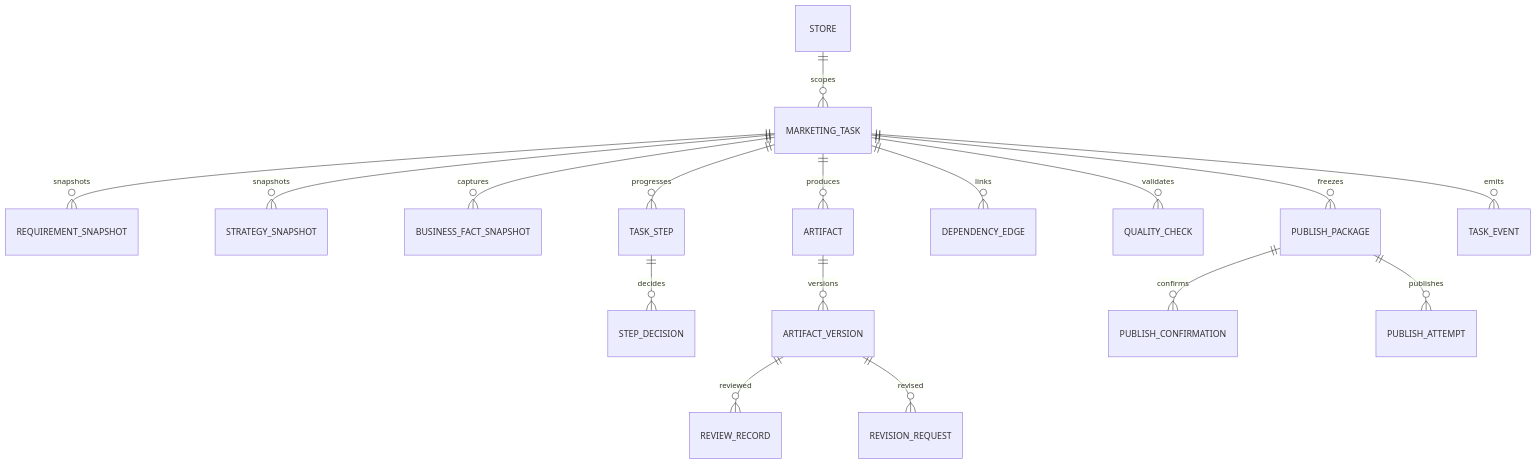
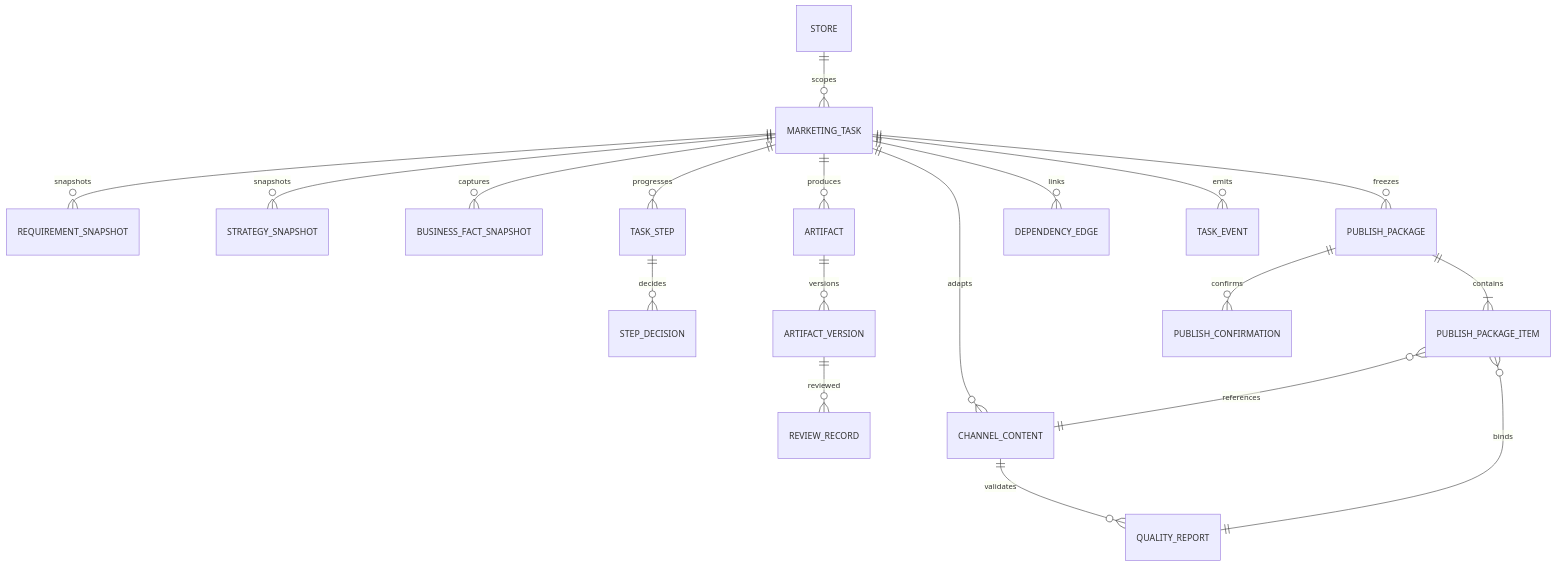
Before and after one commit to dujiu1024-dotcom/Smart-Marketing: the third of 4 diagrams in docs/CORE_DATA_MODEL_AND_API_SCHEMAS_V1.md, drawn with Mermaid. The commit also changed other lines of this file, not shown here.

Commit message:
docs: add channel content and package item ERD

````diff
--- a/docs/CORE_DATA_MODEL_AND_API_SCHEMAS_V1.md
+++ b/docs/CORE_DATA_MODEL_AND_API_SCHEMAS_V1.md
@@ -72,19 +72,21 @@
 ```mermaid
 erDiagram
   STORE ||--o{ MARKETING_TASK : scopes
   MARKETING_TASK ||--o{ REQUIREMENT_SNAPSHOT : snapshots
   MARKETING_TASK ||--o{ STRATEGY_SNAPSHOT : snapshots
   MARKETING_TASK ||--o{ BUSINESS_FACT_SNAPSHOT : captures
   MARKETING_TASK ||--o{ TASK_STEP : progresses
   TASK_STEP ||--o{ STEP_DECISION : decides
   MARKETING_TASK ||--o{ ARTIFACT : produces
   ARTIFACT ||--o{ ARTIFACT_VERSION : versions
   ARTIFACT_VERSION ||--o{ REVIEW_RECORD : reviewed
-  ARTIFACT_VERSION ||--o{ REVISION_REQUEST : revised
+  MARKETING_TASK ||--o{ CHANNEL_CONTENT : adapts
+  CHANNEL_CONTENT ||--o{ QUALITY_REPORT : validates
+  MARKETING_TASK ||--o{ PUBLISH_PACKAGE : freezes
+  PUBLISH_PACKAGE ||--|{ PUBLISH_PACKAGE_ITEM : contains
+  PUBLISH_PACKAGE_ITEM }o--|| CHANNEL_CONTENT : references
+  PUBLISH_PACKAGE_ITEM }o--|| QUALITY_REPORT : binds
+  PUBLISH_PACKAGE ||--o{ PUBLISH_CONFIRMATION : confirms
   MARKETING_TASK ||--o{ DEPENDENCY_EDGE : links
-  MARKETING_TASK ||--o{ QUALITY_CHECK : validates
-  MARKETING_TASK ||--o{ PUBLISH_PACKAGE : freezes
-  PUBLISH_PACKAGE ||--o{ PUBLISH_CONFIRMATION : confirms
-  PUBLISH_PACKAGE ||--o{ PUBLISH_ATTEMPT : publishes
   MARKETING_TASK ||--o{ TASK_EVENT : emits
 ```
````
